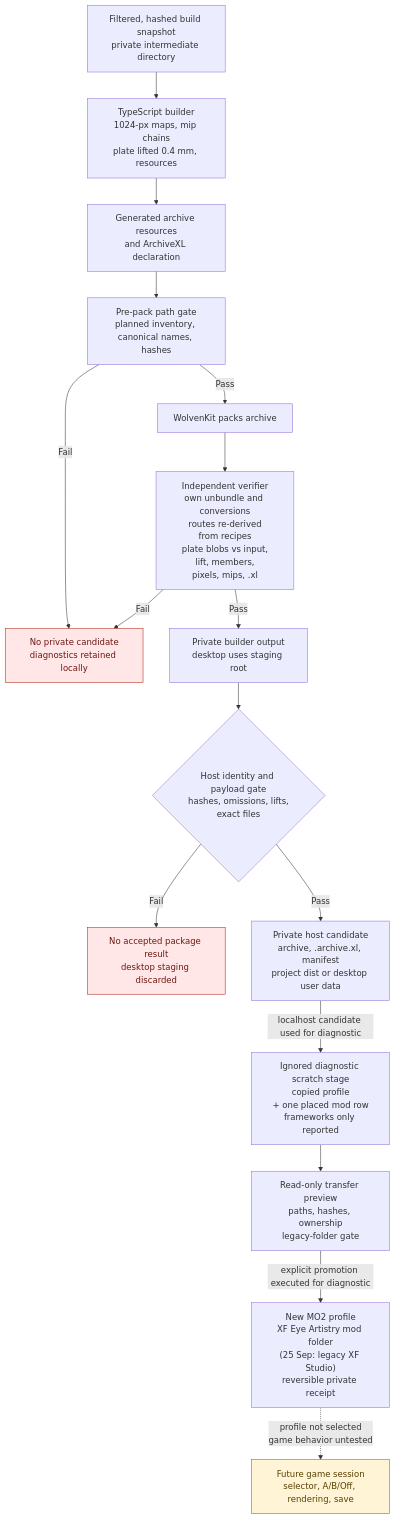
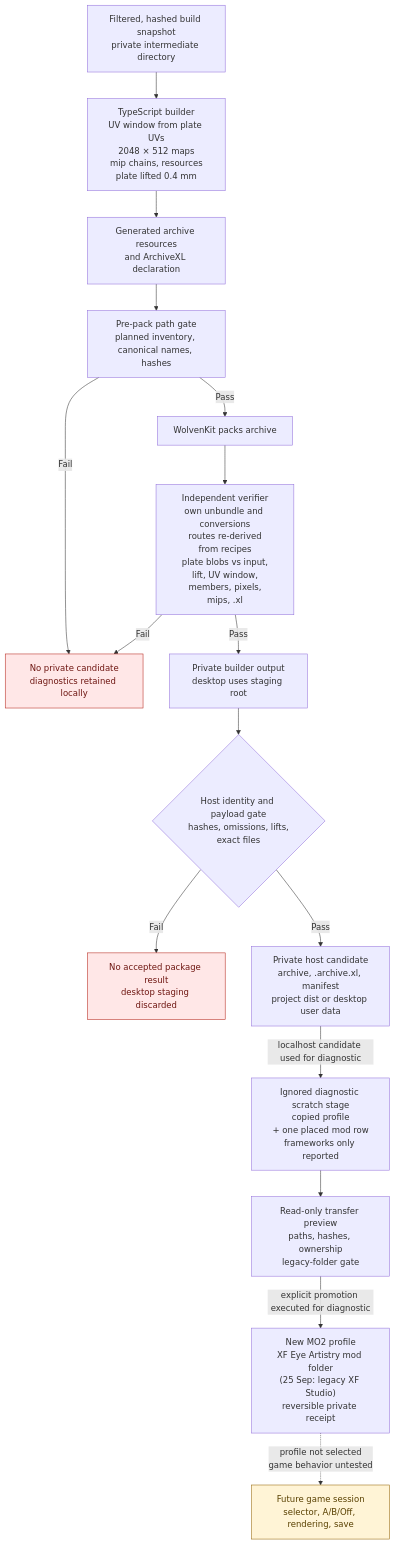
One commit to axefrog/xf-studio changed the second of 3 diagrams in research/authoring/studio-to-mod-pipeline.md. Above: the diagram before and after it, drawn with Mermaid. The commit also changed other lines of this file and 46 other files, not shown here.

````diff
--- a/research/authoring/studio-to-mod-pipeline.md
+++ b/research/authoring/studio-to-mod-pipeline.md
@@ -48,23 +48,23 @@
 ```mermaid
 flowchart TB
-  snapshot["Filtered, hashed build snapshot<br/>private intermediate directory"] --> bake["TypeScript builder<br/>1024-px maps, mip chains<br/>plate lifted 0.4 mm, resources"]
+  snapshot["Filtered, hashed build snapshot<br/>private intermediate directory"] --> bake["TypeScript builder<br/>UV window from plate UVs<br/>2048 × 512 maps<br/>mip chains, resources<br/>plate lifted 0.4 mm"]
   bake --> resources["Generated archive resources<br/>and ArchiveXL declaration"]
   resources --> gate["Pre-pack path gate<br/>planned inventory, canonical names, hashes"]
   gate -- Fail --> stop
   gate -- Pass --> pack["WolvenKit packs archive"]
-  pack --> verifier["Independent verifier<br/>own unbundle and conversions<br/>routes re-derived<br/>from recipes<br/>plate blobs vs input,<br/>lift, members,<br/>pixels, mips, .xl"]
+  pack --> verifier["Independent verifier<br/>own unbundle and conversions<br/>routes re-derived<br/>from recipes<br/>plate blobs vs input,<br/>lift, UV window,<br/>members, pixels,<br/>mips, .xl"]
   verifier -- Fail --> stop["No private candidate<br/>diagnostics retained locally"]
   verifier -- Pass --> dist["Private builder output<br/>desktop uses staging root"]
   dist --> resultGate{"Host identity and payload gate<br/>hashes, omissions, lifts,<br/>exact files"}
   resultGate -- Fail --> unaccepted["No accepted package result<br/>desktop staging discarded"]
   resultGate -- Pass --> candidate["Private host candidate<br/>archive, .archive.xl, manifest<br/>project dist or desktop user data"]
   candidate -- "localhost candidate used for diagnostic" --> scratch["Ignored diagnostic scratch stage<br/>copied profile<br/>+ one placed mod row<br/>frameworks only reported"]
   scratch --> preview["Read-only transfer preview<br/>paths, hashes, ownership<br/>legacy-folder gate"]
   preview -- "explicit promotion executed for diagnostic" --> mo2["New MO2 profile<br/>XF Eye Artistry mod folder<br/>(25 Sep: legacy XF Studio)<br/>reversible private receipt"]
   mo2 -. "profile not selected<br/>game behavior untested" .-> runtime["Future game session<br/>selector, A/B/Off, rendering, save"]
 
   classDef blocked fill:#ffe7e7,stroke:#b42318,color:#6e1611;
   classDef pending fill:#fff4d6,stroke:#946200,color:#594000;
   class stop,unaccepted blocked;
   class runtime pending;
 ```
````
